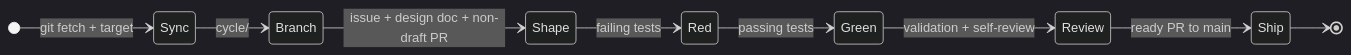
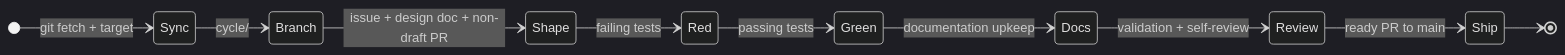
Before and after one commit to flyingrobots/bijou: the diagram in docs/METHOD.md, drawn with Mermaid (dark theme). The commit also changed other lines of this file and 17 other files, not shown here.

````diff
--- a/docs/METHOD.md
+++ b/docs/METHOD.md
@@ -127,12 +127,13 @@
 ```mermaid
 stateDiagram-v2
     direction LR
     [*] --> Sync: git fetch + target
     Sync --> Branch: cycle/
     Branch --> Shape: issue + design doc + non-draft PR
     Shape --> Red: failing tests
     Red --> Green: passing tests
-    Green --> Review: validation + self-review
+    Green --> Docs: documentation upkeep
+    Docs --> Review: validation + self-review
     Review --> Ship: ready PR to main
     Ship --> [*]
 ```
````
